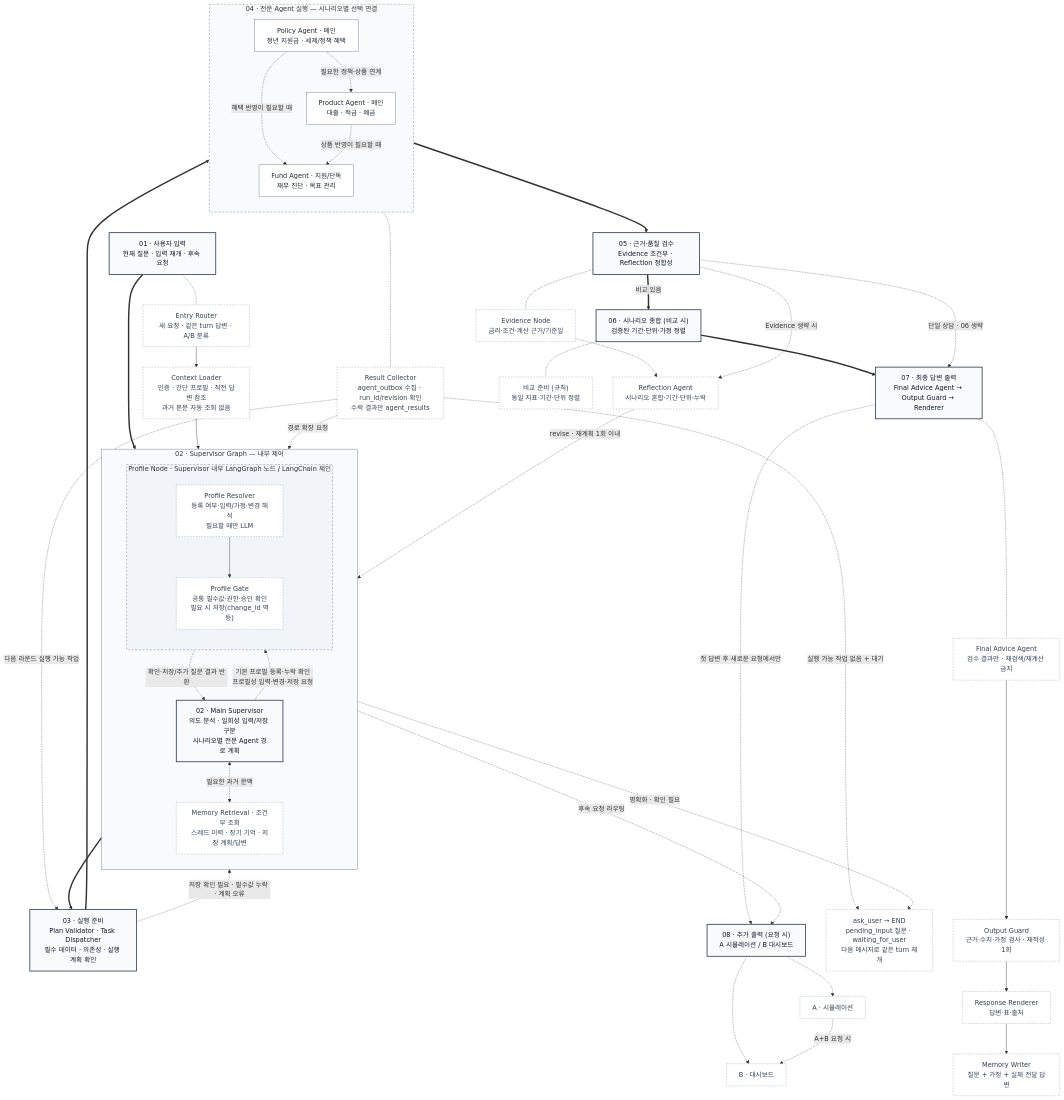
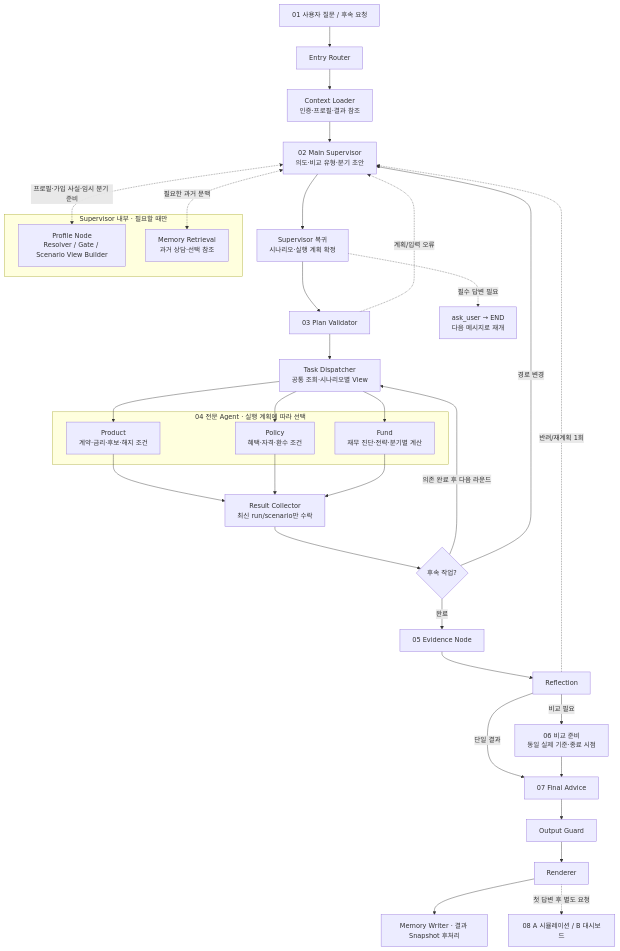
Before and after one commit to encore-ai-campus/mle-01-final-team1: the diagram in docs/멀티에이전트_설계안.md, drawn with Mermaid. The commit also changed other lines of this file and 1 other file, not shown here.

````diff
--- a/docs/멀티에이전트_설계안.md
+++ b/docs/멀티에이전트_설계안.md
@@ -31,93 +51,39 @@
 ```mermaid
 flowchart TB
-    N01["01 · 사용자 입력<br/>현재 질문 · 입력 재개 · 후속 요청"]
-    N03["03 · 실행 준비<br/>Plan Validator · Task Dispatcher<br/>필수 데이터 · 의존성 · 실행 계획 확인"]
+    USER["01 사용자 질문 / 후속 요청"] --> ENTRY["Entry Router"] --> LOADER["Context Loader<br/>인증·프로필·결과 참조"]
+    LOADER --> SUP["02 Main Supervisor<br/>의도·비교 유형·분기 초안"]
 
-    subgraph SG["02 · Supervisor Graph — 내부 제어"]
-        direction TB
-        N02["02 · Main Supervisor<br/>의도 분석 · 일회성 입력/저장 구분<br/>시나리오별 전문 Agent 경로 계획"]
+    subgraph SG["Supervisor 내부 · 필요할 때만"]
+      PN["Profile Node<br/>Resolver / Gate / Scenario View Builder"]
+      MR["Memory Retrieval<br/>과거 상담·선택 참조"]
+    end
+    SUP <-.->|"프로필·가입 사실·임시 분기 준비"| PN
+    SUP <-.->|"필요한 과거 문맥"| MR
+    SUP --> CONFIRM["Supervisor 복귀<br/>시나리오·실행 계획 확정"]
+    CONFIRM --> VAL["03 Plan Validator"] --> DISPATCH["Task Dispatcher<br/>공통 조회·시나리오별 View"]
+    CONFIRM -.->|"필수 답변 필요"| ASK["ask_user → END<br/>다음 메시지로 재개"]
+    VAL -.->|"계획/입력 오류"| SUP
 
-        subgraph PWF["Profile Node · Supervisor 내부 LangGraph 노드 / LangChain 체인"]
-            direction TB
-            RESOLVER["Profile Resolver<br/>등록 여부·입력/가정·변경 해석<br/>필요할 때만 LLM"]
-            PGATE["Profile Gate<br/>공통 필수값·권한·승인 확인<br/>필요 시 저장(change_id 멱등)"]
-            RESOLVER --> PGATE
-        end
-
-        MEM["Memory Retrieval · 조건부 조회<br/>스레드 이력 · 장기 기억 · 저장 계획/답변"]
-        N02 -.->|기본 프로필 등록·누락 확인<br/>프로필성 입력·변경·저장 요청| RESOLVER
-        PGATE -.->|확인·저장/추가 질문 결과 반환| N02
-        N02 <-.->|필요한 과거 문맥| MEM
+    subgraph EXP["04 전문 Agent · 실행 계획에 따라 선택"]
+      PROD["Product<br/>계약·금리·후보·해지 조건"]
+      POL["Policy<br/>혜택·자격·환수 조건"]
+      FUND["Fund<br/>재무 진단·전략·분기별 계산"]
     end
-
-    subgraph EXEC["04 · 전문 Agent 실행 — 시나리오별 선택 연결"]
-        direction TB
-        POLICY["Policy Agent · 메인<br/>청년 지원금 · 세제/정책 혜택"]
-        PRODUCT["Product Agent · 메인<br/>대출 · 적금 · 예금"]
-        FUND["Fund Agent · 지원/단독<br/>재무 진단 · 목표 관리"]
-        POLICY -.->|필요한 정책·상품 연계| PRODUCT
-        POLICY -.->|혜택 반영이 필요할 때| FUND
-        PRODUCT -.->|상품 반영이 필요할 때| FUND
-    end
-
-    N05["05 · 근거·품질 검수<br/>Evidence 조건부 · Reflection 정합성"]
-    N06["06 · 시나리오 종합 (비교 시)<br/>검증된 기간·단위·가정 정렬"]
-    N07["07 · 최종 답변 출력<br/>Final Advice Agent → Output Guard → Renderer"]
-    N08["08 · 추가 출력 (요청 시)<br/>A 시뮬레이션 / B 대시보드"]
-
-    N01 ==> N02 ==> N03 ==> EXEC ==> N05
-    N05 ==>|비교 있음| N06 ==> N07
-    N05 -.->|단일 상담 · 06 생략| N07
-    N07 -.->|첫 답변 후 새로운 요청에서만| N08
-    N02 -.->|후속 요청 라우팅| N08
-
-    ENTRY["Entry Router<br/>새 요청 · 같은 turn 답변 · A/B 분류"]
-    LOADER["Context Loader<br/>인증 · 간단 프로필 · 직전 답변 참조<br/>과거 본문 자동 조회 없음"]
-    N01 -.- ENTRY
-    ENTRY --> LOADER
-    LOADER --> N02
-
-    N03 -.->|저장 확인 필요 · 필수값 누락 · 계획 오류| N02
-
-    COLLECTOR["Result Collector<br/>agent_outbox 수집 · run_id/revision 확인<br/>수락 결과만 agent_results"]
-    EXEC -.- COLLECTOR
-    COLLECTOR -.->|다음 라운드 실행 가능 작업| N03
-    COLLECTOR -.->|경로 확장 요청| N02
-
-    ASK["ask_user → END<br/>pending_input 질문 · waiting_for_user<br/>다음 메시지로 같은 turn 재개"]
-    COLLECTOR -.->|실행 가능 작업 없음 + 대기| ASK
-    N02 -.->|명확화 · 확인 필요| ASK
-
-    EVIDENCE["Evidence Node<br/>금리·조건·계산 근거/기준일"]
-    REFLECTION["Reflection Agent<br/>시나리오 혼합·기간·단위·누락"]
-    N05 -.- EVIDENCE
-    EVIDENCE -.-> REFLECTION
-    N05 -.->|Evidence 생략 시| REFLECTION
-    REFLECTION -.->|revise · 재계획 1회 이내| N02
-
-    COMPARE["비교 준비 (규칙)<br/>동일 지표·기간·단위 정렬"]
-    N06 -.- COMPARE
-
-    FINAL["Final Advice Agent<br/>검수 결과만 · 재검색/재계산 금지"]
-    GUARD["Output Guard<br/>근거·수치·가정 검사 · 재작성 1회"]
-    RENDER["Response Renderer<br/>답변·표·출처"]
-    WRITER["Memory Writer<br/>질문 + 가정 + 실제 전달 답변"]
-    N07 -.- FINAL
-    FINAL --> GUARD --> RENDER --> WRITER
-
-    SIM["A · 시뮬레이션"]
-    DASH["B · 대시보드"]
-    N08 -.-> SIM
-    N08 -.-> DASH
-    SIM -.->|A+B 요청 시| DASH
-
-    classDef main fill:#f8fafc,stroke:#334155,stroke-width:2px,color:#0f172a
-    classDef detail fill:#ffffff,stroke:#94a3b8,stroke-dasharray:4 3,color:#334155
-    classDef agent fill:#ffffff,stroke:#64748b,color:#1f2937
-    class N01,N02,N03,N05,N06,N07,N08 main
-    class POLICY,PRODUCT,FUND agent
-    class ENTRY,LOADER,RESOLVER,PGATE,MEM,COLLECTOR,ASK,EVIDENCE,REFLECTION,COMPARE,FINAL,GUARD,RENDER,WRITER,SIM,DASH detail
-    style SG fill:#f8fafc,stroke:#64748b
-    style PWF fill:#f1f5f9,stroke:#64748b,stroke-dasharray:5 4
-    style EXEC fill:#f8fafc,stroke:#64748b,stroke-dasharray:5 4
+    DISPATCH --> PROD
+    DISPATCH --> POL
+    DISPATCH --> FUND
+    PROD --> COL["Result Collector<br/>최신 run/scenario만 수락"]
+    POL --> COL
+    FUND --> COL
+    COL --> ROUTE{"후속 작업?"}
+    ROUTE -->|"의존 완료 후 다음 라운드"| DISPATCH
+    ROUTE -->|"경로 변경"| SUP
+    ROUTE -->|"완료"| EVID["05 Evidence Node"] --> REF["Reflection"]
+    REF -.->|"반려/재계획 1회"| SUP
+    REF -->|"비교 필요"| CMP["06 비교 준비<br/>동일 실제 기준·종료 시점"]
+    REF -->|"단일 결과"| FINAL["07 Final Advice"]
+    CMP --> FINAL
+    FINAL --> GUARD["Output Guard"] --> RENDER["Renderer"]
+    RENDER --> SAVE["Memory Writer · 결과 Snapshot 후처리"]
+    RENDER -.->|"첫 답변 후 별도 요청"| POST["08 A 시뮬레이션 / B 대시보드"]
 ```
````
